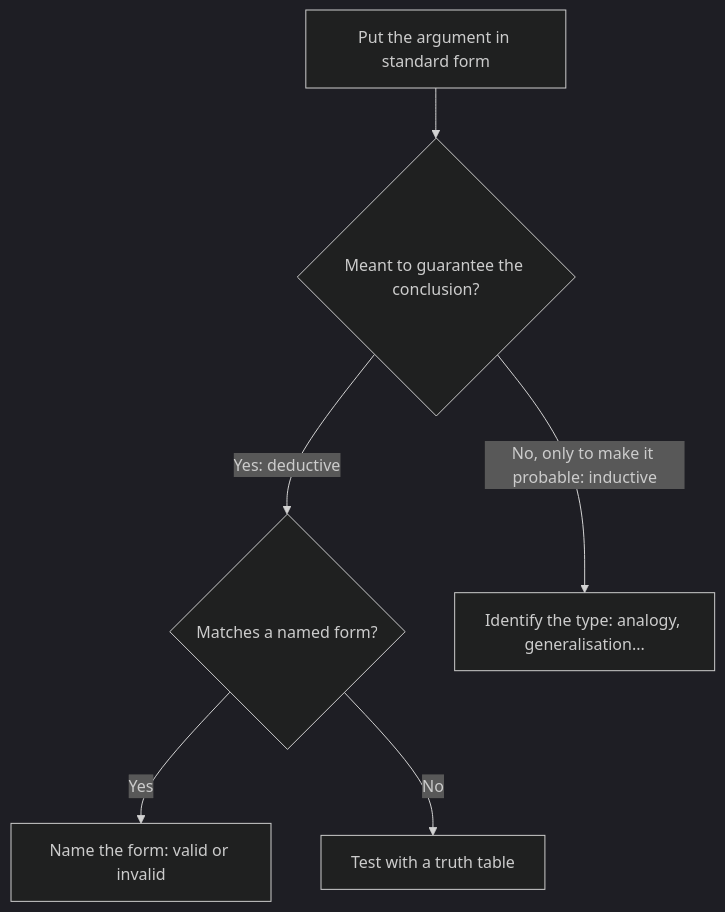
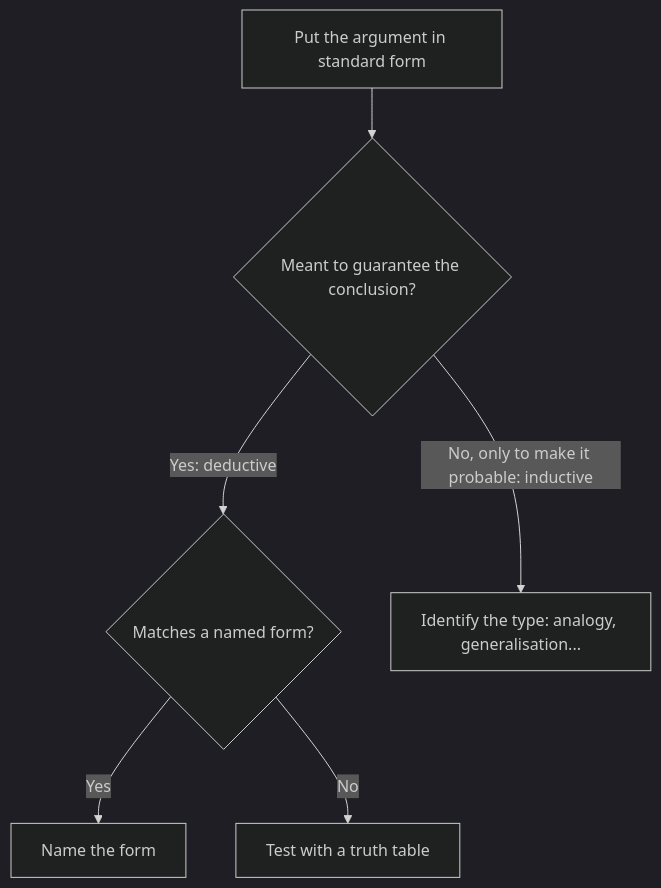
The diagram in content/deduction/classifying-arguments.md (jbeynonedu/pr-explorer), drawn with Mermaid (dark theme) before and after one commit. The commit also changed other lines of this file and 13 other files, not shown here.

````diff
--- a/content/deduction/classifying-arguments.md
+++ b/content/deduction/classifying-arguments.md
@@ -23,8 +23,8 @@
 ```mermaid
 flowchart TD
   A["Put the argument in standard form"] --> B{"Meant to guarantee the conclusion?"}
   B -->|"Yes: deductive"| C{"Matches a named form?"}
-  C -->|Yes| D["Name the form: valid or invalid"]
+  C -->|Yes| D["Name the form"]
   C -->|No| E["Test with a truth table"]
   B -->|"No, only to make it probable: inductive"| F["Identify the type: analogy, generalisation..."]
 ```
````
